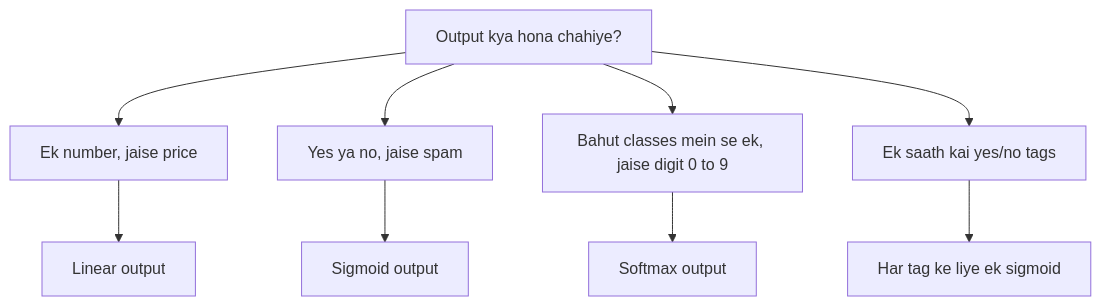
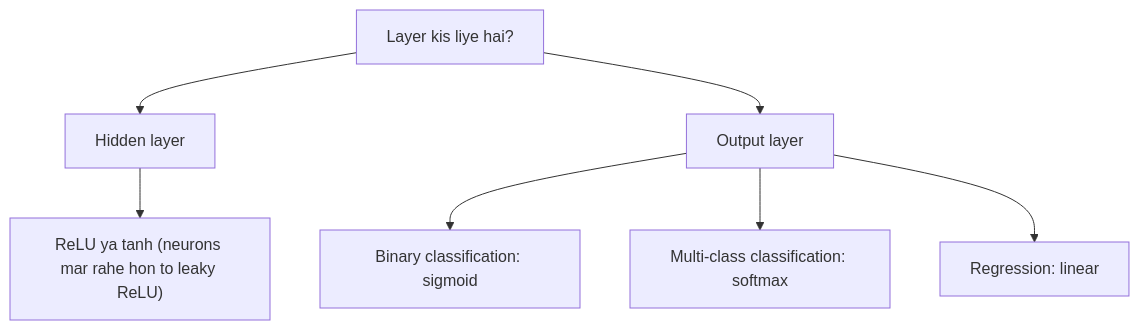
One commit to TrendySloth1001/sem-seven-notes changed the third of 3 diagrams in content/deep-learning/notes/activation-functions.hi.mdx. Above: the diagram before and after it, drawn with Mermaid. The commit also changed other lines of this file and 168 other files, not shown here.

````diff
--- a/content/deep-learning/notes/activation-functions.hi.mdx
+++ b/content/deep-learning/notes/activation-functions.hi.mdx
@@ -358,12 +210,10 @@
 ```mermaid
-%% caption: Output-layer activation choose karna. Pucho ki network ko kis type ka answer dena hai.
+%% caption: Activation function kaise chunein, jaise class mein sikhaya gaya.
 flowchart TD
-  A["Output kya hona chahiye?"] --> B["Ek number, jaise price"]
-  A --> C["Yes ya no, jaise spam"]
-  A --> D["Bahut classes mein se ek, jaise digit 0 to 9"]
-  A --> E["Ek saath kai yes/no tags"]
-  B --> B1["Linear output"]
-  C --> C1["Sigmoid output"]
-  D --> D1["Softmax output"]
-  E --> E1["Har tag ke liye ek sigmoid"]
+  A["Layer kis liye hai?"] --> B["Hidden layer"]
+  A --> C["Output layer"]
+  B --> B1["ReLU ya tanh (neurons mar rahe hon to leaky ReLU)"]
+  C --> C1["Binary classification: sigmoid"]
+  C --> C2["Multi-class classification: softmax"]
+  C --> C3["Regression: linear"]
 ```
````
